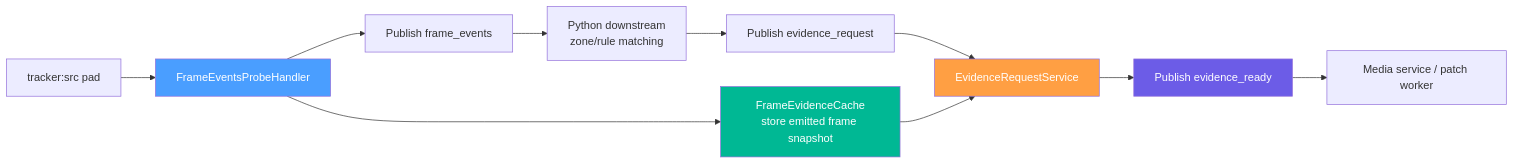
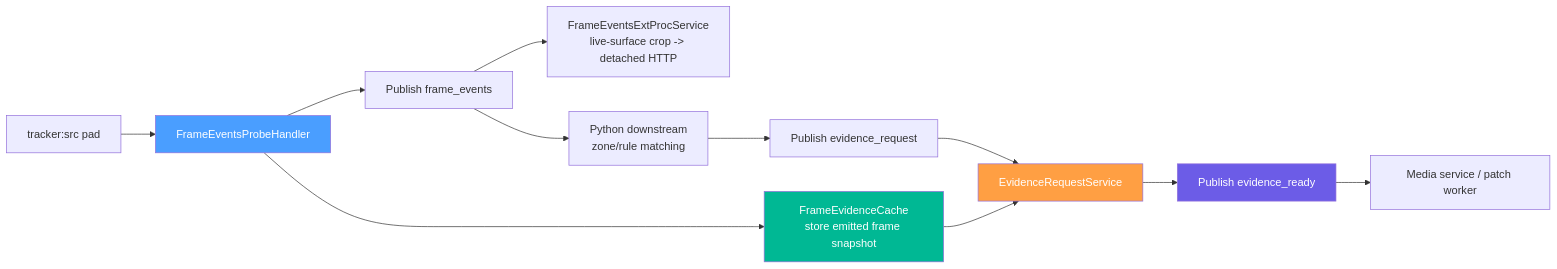
The first of 3 diagrams in docs/architecture/runtime_components/frame_events_probe_handler.md (nam278/vms-engine), drawn with Mermaid before and after one commit. The commit also changed other lines of this file and 21 other files, not shown here.

````diff
--- a/docs/architecture/runtime_components/frame_events_probe_handler.md
+++ b/docs/architecture/runtime_components/frame_events_probe_handler.md
@@ -29,17 +31,18 @@
 ```mermaid
 flowchart LR
     DS["tracker:src pad"] --> FE["FrameEventsProbeHandler"]
     FE --> PUB["Publish frame_events"]
     FE --> CACHE["FrameEvidenceCache\nstore emitted frame snapshot"]
+  PUB --> EXTPROC["FrameEventsExtProcService\nlive-surface crop -> detached HTTP"]
     PUB --> PY["Python downstream\nzone/rule matching"]
     PY --> REQ["Publish evidence_request"]
     REQ --> EV["EvidenceRequestService"]
     CACHE --> EV
     EV --> READY["Publish evidence_ready"]
     READY --> MEDIA["Media service / patch worker"]
 
     style FE fill:#4a9eff,color:#fff
     style CACHE fill:#00b894,color:#fff
     style EV fill:#ff9f43,color:#fff
     style READY fill:#6c5ce7,color:#fff
 ```
````
